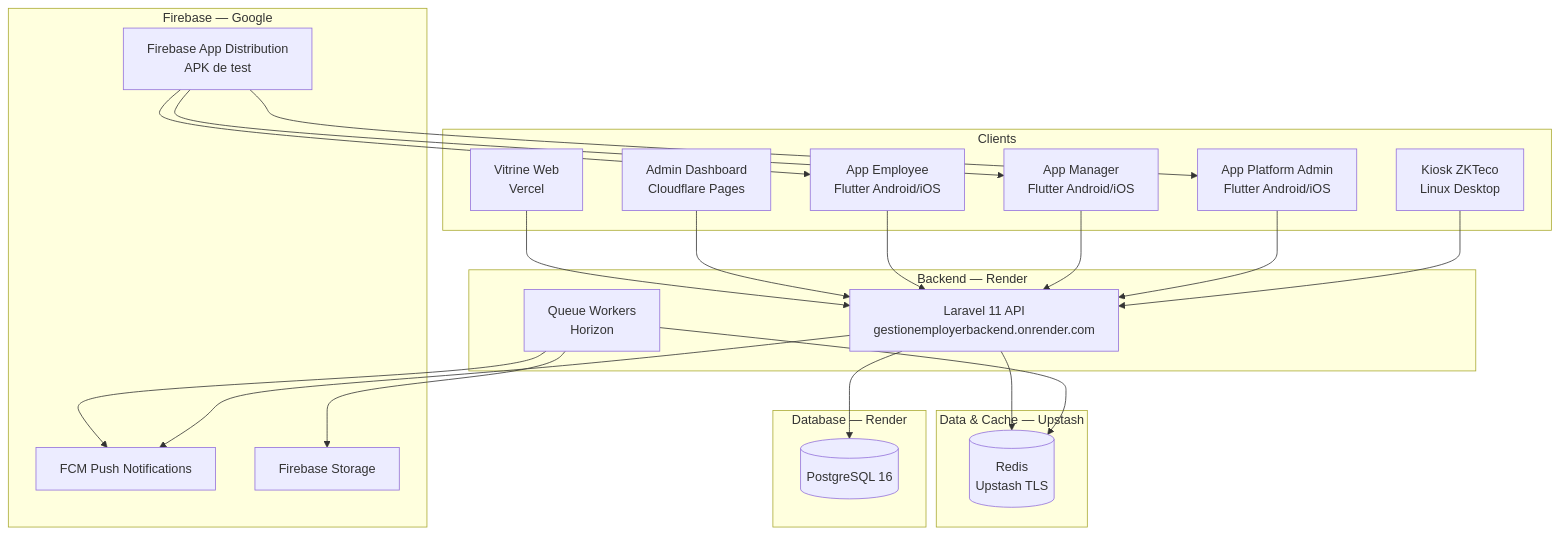
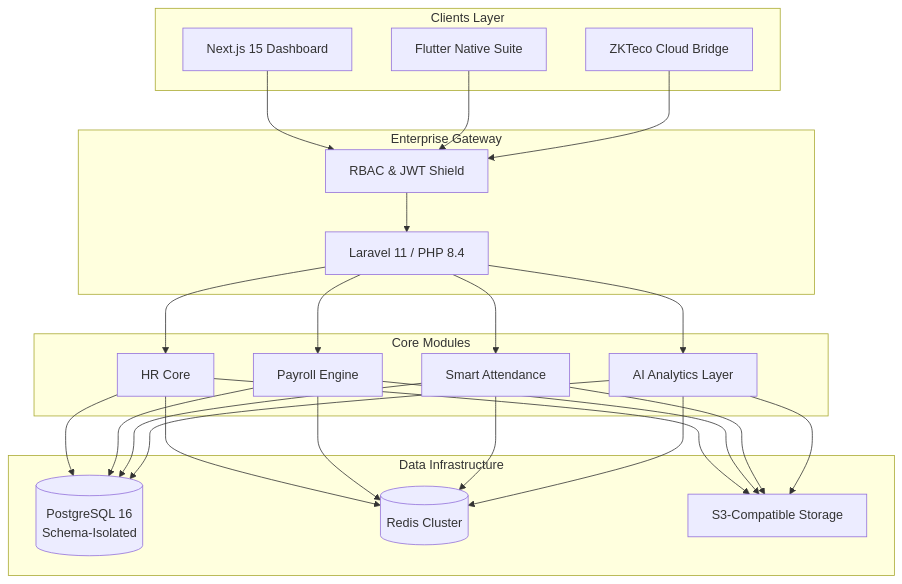
The diagram in README.md (kitokoh/leopardo-hr), drawn with Mermaid before and after one commit. The commit also changed other lines of this file and 36 other files, not shown here.

````diff
--- a/README.md
+++ b/README.md
@@ -46,39 +57,31 @@
 ```mermaid
 graph TB
-    subgraph "Clients"
-        VA[Vitrine Web\nVercel]
-        AD[Admin Dashboard\nCloudflare Pages]
-        ME[App Employee\nFlutter Android/iOS]
-        MM[App Manager\nFlutter Android/iOS]
-        MA[App Platform Admin\nFlutter Android/iOS]
-        KI[Kiosk ZKTeco\nLinux Desktop]
+    subgraph "Clients Layer"
+        Web[Next.js 15 Dashboard]
+        Mobile[Flutter Native Suite]
+        Kiosk[ZKTeco Cloud Bridge]
     end
 
-    subgraph "Backend — Render"
-        API[Laravel 11 API\ngestionemployerbackend.onrender.com]
-        QW[Queue Workers\nHorizon]
+    subgraph "Enterprise Gateway"
+        API[Laravel 11 / PHP 8.4]
+        Sec[RBAC & JWT Shield]
     end
 
-    subgraph "Data & Cache — Upstash"
-        RD[(Redis\nUpstash TLS)]
+    subgraph "Core Modules"
+        HRM[HR Core]
+        PAY[Payroll Engine]
+        ATT[Smart Attendance]
+        AI[AI Analytics Layer]
     end
 
-    subgraph "Database — Render"
-        PG[(PostgreSQL 16)]
+    subgraph "Data Infrastructure"
+        DB[(PostgreSQL 16\nSchema-Isolated)]
+        Cache[(Redis Cluster)]
+        Store[S3-Compatible Storage]
     end
 
-    subgraph "Firebase — Google"
-        FCM[FCM Push Notifications]
-        FAD[Firebase App Distribution\nAPK de test]
-        FS[Firebase Storage]
-    end
-
-    VA & AD & ME & MM & MA & KI --> API
-    API --> PG
-    API --> RD
-    QW --> RD
-    QW --> FCM
-    QW --> FS
-    API --> FCM
-    FAD --> ME & MM & MA
+    Web & Mobile & Kiosk --> Sec
+    Sec --> API
+    API --> HRM & PAY & ATT & AI
+    HRM & PAY & ATT & AI --> DB & Cache & Store
 ```
````
